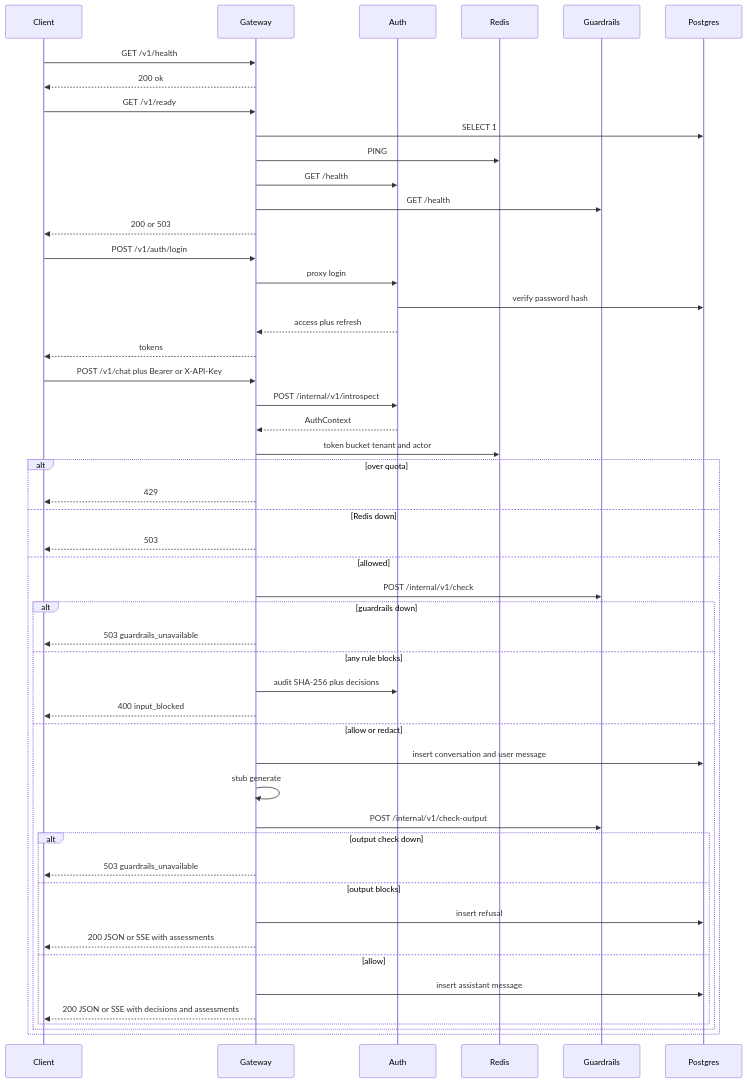
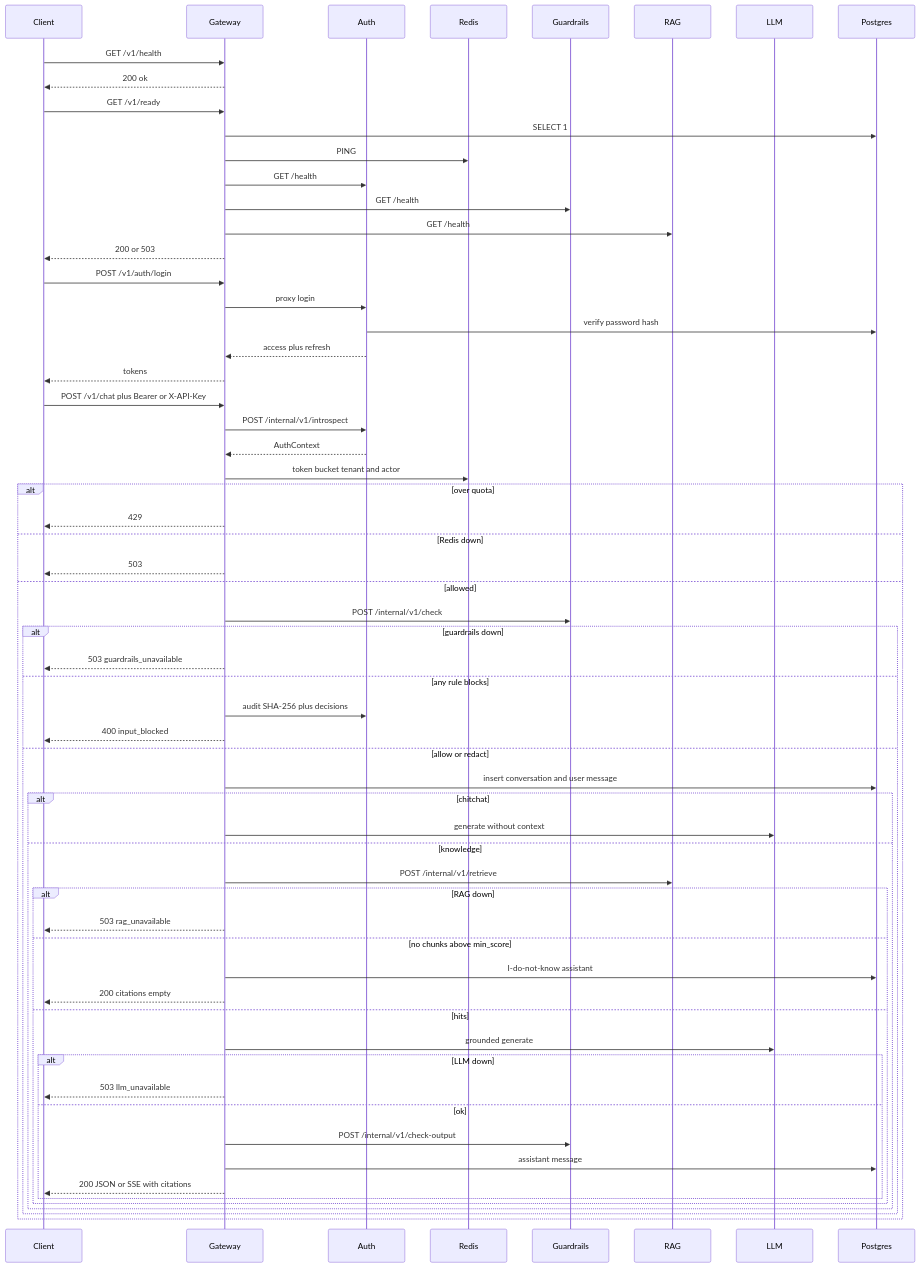
Before and after one commit to Maruthi-srinivas/AIGATEWAY: the first of 2 diagrams in docs/diagrams/request-path.md, drawn with Mermaid. The commit also changed other lines of this file and 49 other files, not shown here.

First line of the commit message:
Update to Version 5 with RAG and LLM enhancements

````diff
--- a/docs/diagrams/request-path.md
+++ b/docs/diagrams/request-path.md
@@ -7,52 +7,64 @@
 ```mermaid
 sequenceDiagram
     participant Client
     participant Gateway
     participant Auth
     participant Redis
     participant Guardrails
+    participant RAG
+    participant LLM
     participant Postgres
     Client->>Gateway: GET /v1/health
     Gateway-->>Client: 200 ok
     Client->>Gateway: GET /v1/ready
     Gateway->>Postgres: SELECT 1
     Gateway->>Redis: PING
     Gateway->>Auth: GET /health
     Gateway->>Guardrails: GET /health
+    Gateway->>RAG: GET /health
     Gateway-->>Client: 200 or 503
     Client->>Gateway: POST /v1/auth/login
     Gateway->>Auth: proxy login
     Auth->>Postgres: verify password hash
     Auth-->>Gateway: access plus refresh
     Gateway-->>Client: tokens
     Client->>Gateway: POST /v1/chat plus Bearer or X-API-Key
     Gateway->>Auth: POST /internal/v1/introspect
     Auth-->>Gateway: AuthContext
     Gateway->>Redis: token bucket tenant and actor
     alt over quota
         Gateway-->>Client: 429
     else Redis down
         Gateway-->>Client: 503
     else allowed
         Gateway->>Guardrails: POST /internal/v1/check
         alt guardrails down
             Gateway-->>Client: 503 guardrails_unavailable
         else any rule blocks
             Gateway->>Auth: audit SHA-256 plus decisions
             Gateway-->>Client: 400 input_blocked
         else allow or redact
             Gateway->>Postgres: insert conversation and user message
-            Gateway->>Gateway: stub generate
-            Gateway->>Guardrails: POST /internal/v1/check-output
-            alt output check down
-                Gateway-->>Client: 503 guardrails_unavailable
-            else output blocks
-                Gateway->>Postgres: insert refusal
-                Gateway-->>Client: 200 JSON or SSE with assessments
-            else allow
-                Gateway->>Postgres: insert assistant message
-                Gateway-->>Client: 200 JSON or SSE with decisions and assessments
+            alt chitchat
+                Gateway->>LLM: generate without context
+            else knowledge
+                Gateway->>RAG: POST /internal/v1/retrieve
+                alt RAG down
+                    Gateway-->>Client: 503 rag_unavailable
+                else no chunks above min_score
+                    Gateway->>Postgres: I-do-not-know assistant
+                    Gateway-->>Client: 200 citations empty
+                else hits
+                    Gateway->>LLM: grounded generate
+                    alt LLM down
+                        Gateway-->>Client: 503 llm_unavailable
+                    else ok
+                        Gateway->>Guardrails: POST /internal/v1/check-output
+                        Gateway->>Postgres: assistant message
+                        Gateway-->>Client: 200 JSON or SSE with citations
+                    end
+                end
             end
         end
     end
 ```
````
